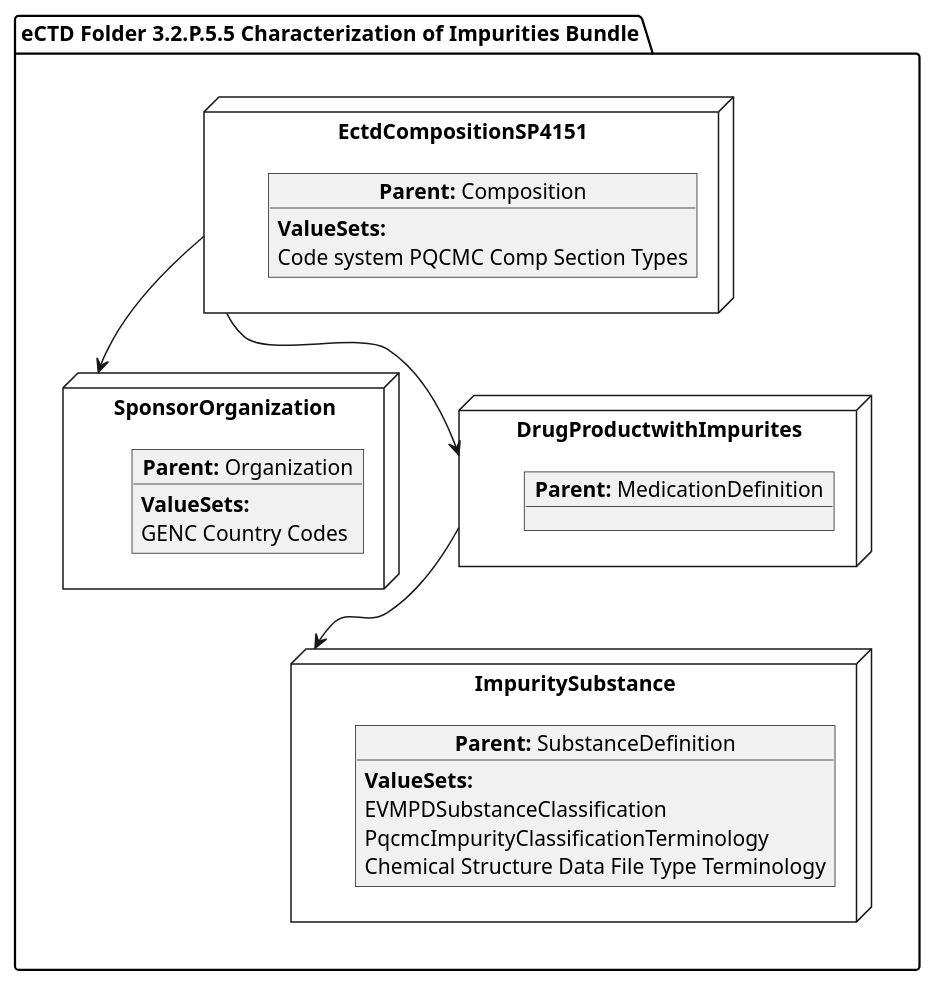
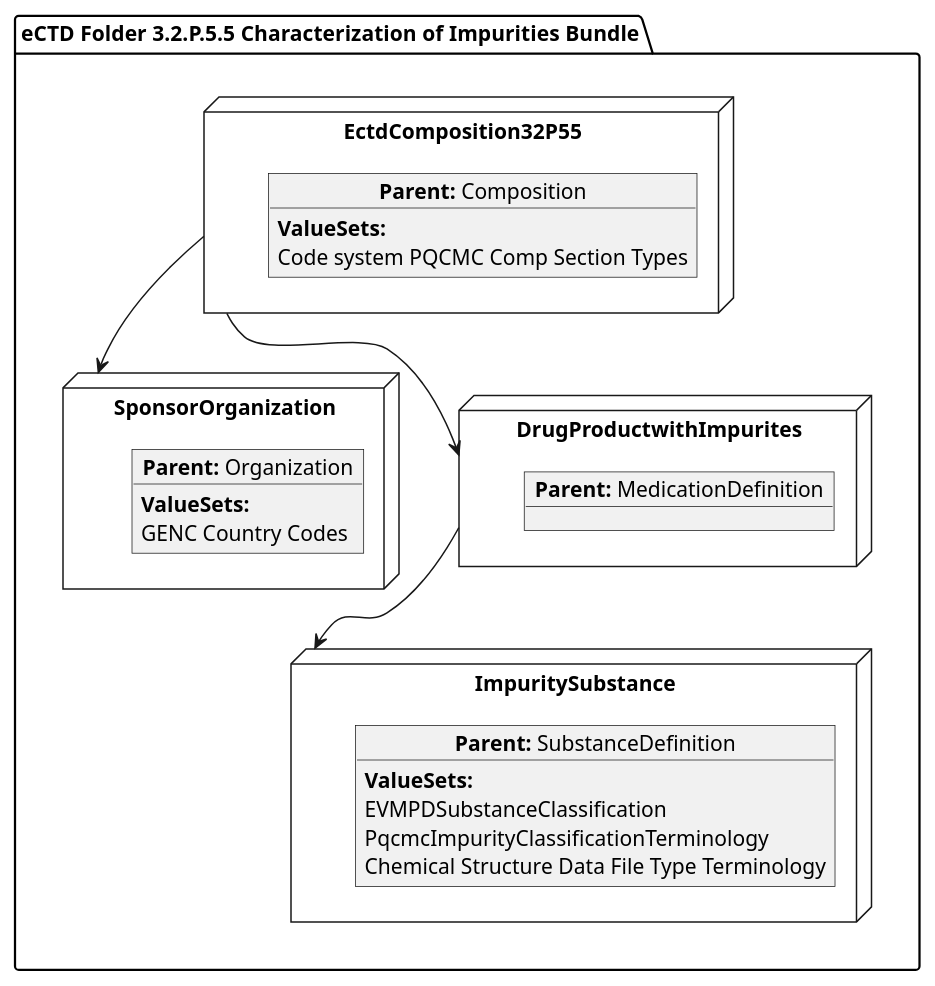
The diagram in input/images-source/CharacImprity.plantuml (HL7/FHIR-us-pq-cmc-fda), drawn with PlantUML before and after one commit. The commit also changed 2 other files, not shown here.

```diff
--- a/input/images-source/CharacImprity.plantuml
+++ b/input/images-source/CharacImprity.plantuml
@@ -1,39 +1,39 @@
 @startuml
 allowmixing
 'Mixed model of use case and object
 package "eCTD Folder 3.2.P.5.5 Characterization of Impurities Bundle" as NODES {
 
-node "EctdCompositionSP4151" as N1 { 
+node "EctdComposition32P55" as N1 { 
       object "**Parent:** Composition" as obj1 {
       **ValueSets:**
   Code system PQCMC Comp Section Types
     }
 }
  node "SponsorOrganization" as NSO { 
       object "**Parent:** Organization" as objAu {
         **ValueSets:**
         GENC Country Codes
     }
 } 
   
   node "DrugProductwithImpurites" as NN { 
       object "**Parent:** MedicationDefinition" as obj3 {      
       }
  
   }
 
 node "ImpuritySubstance" as N6 { 
       object "**Parent:** SubstanceDefinition" as obj2 {
       **ValueSets:**
       EVMPDSubstanceClassification
       PqcmcImpurityClassificationTerminology
       Chemical Structure Data File Type Terminology
     }
      
 }
 
 N1 --> NSO   
 NN --> N6
 N1 --> NN 
 }
 @enduml
```
